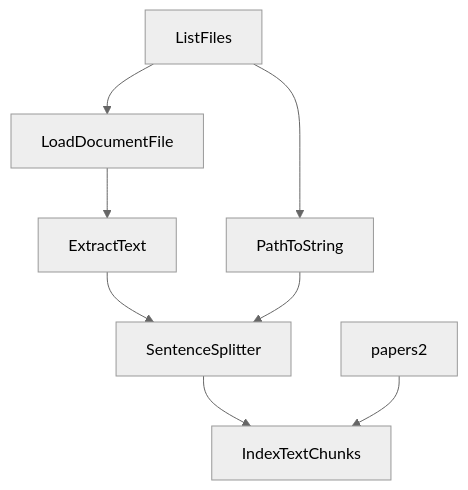
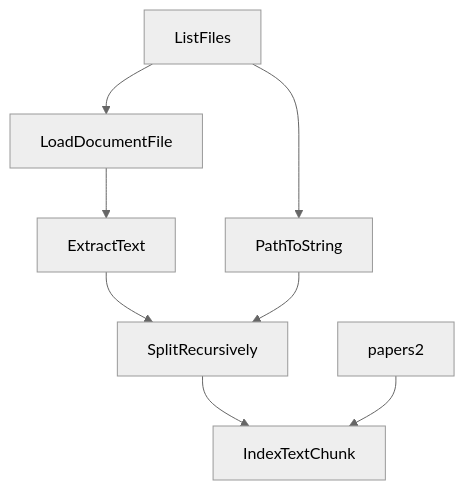
Before and after one commit to nodetool-ai/nodetool: the diagram in docs/workflows/index-pdfs.md, drawn with Mermaid (neutral theme). The commit also changed other lines of this file and 46 other files, not shown here.

```diff
--- a/docs/workflows/index-pdfs.md
+++ b/docs/workflows/index-pdfs.md
@@ -16,17 +18,17 @@
 {% mermaid %}
 graph TD
   listfiles_8eb41c["ListFiles"]
   papers2_49cc8e["papers2"]
   loaddocumentfile_4e1c87["LoadDocumentFile"]
   extracttext_2124c9["ExtractText"]
-  indextextchunks_38b8d1["IndexTextChunks"]
-  sentencesplitter_be7780["SentenceSplitter"]
+  indextextchunk_38b8d1["IndexTextChunk"]
+  splitrecursively_be7780["SplitRecursively"]
   pathtostring_7fdb62["PathToString"]
-  extracttext_2124c9 --> sentencesplitter_be7780
+  extracttext_2124c9 --> splitrecursively_be7780
   loaddocumentfile_4e1c87 --> extracttext_2124c9
-  sentencesplitter_be7780 --> indextextchunks_38b8d1
-  papers2_49cc8e --> indextextchunks_38b8d1
+  splitrecursively_be7780 --> indextextchunk_38b8d1
+  papers2_49cc8e --> indextextchunk_38b8d1
   listfiles_8eb41c --> loaddocumentfile_4e1c87
   listfiles_8eb41c --> pathtostring_7fdb62
-  pathtostring_7fdb62 --> sentencesplitter_be7780
+  pathtostring_7fdb62 --> splitrecursively_be7780
 {% endmermaid %}
```
